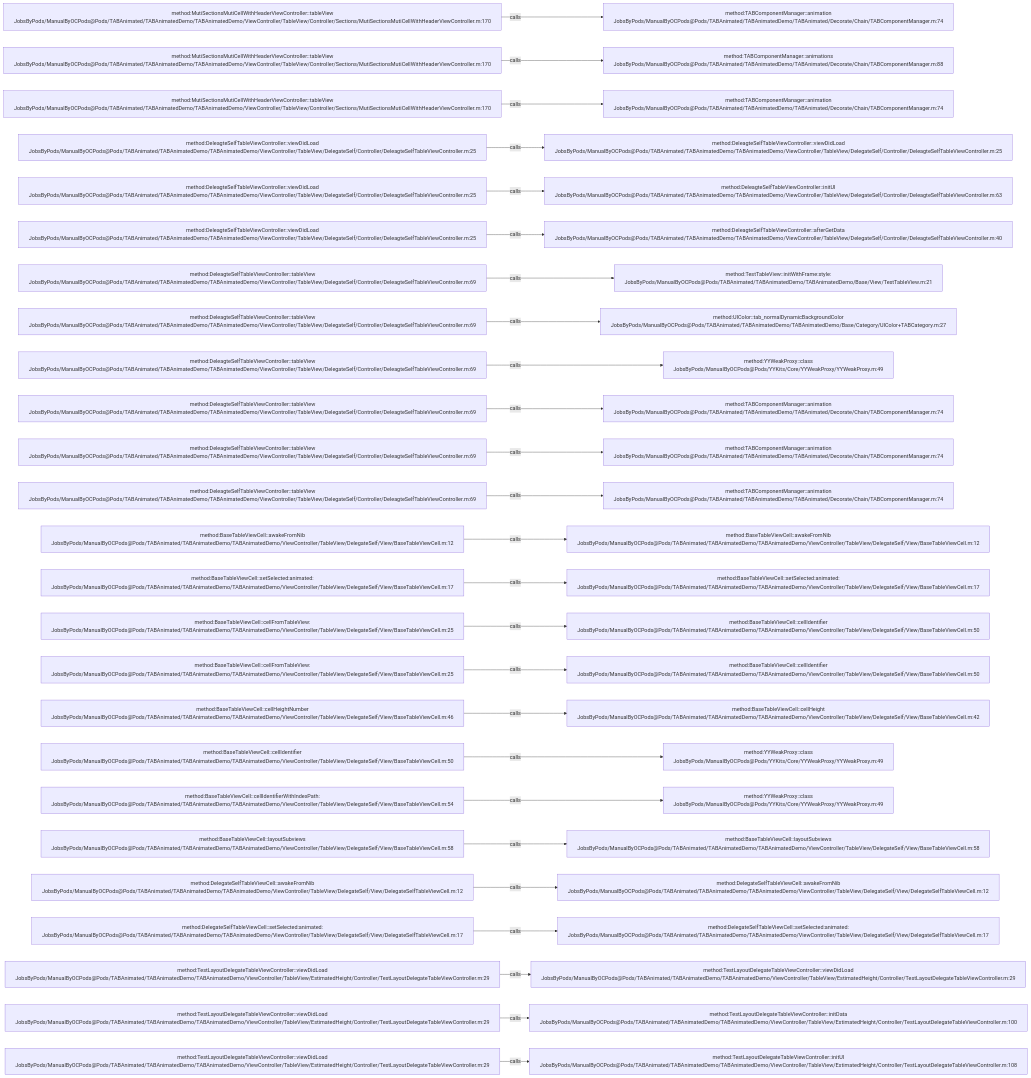
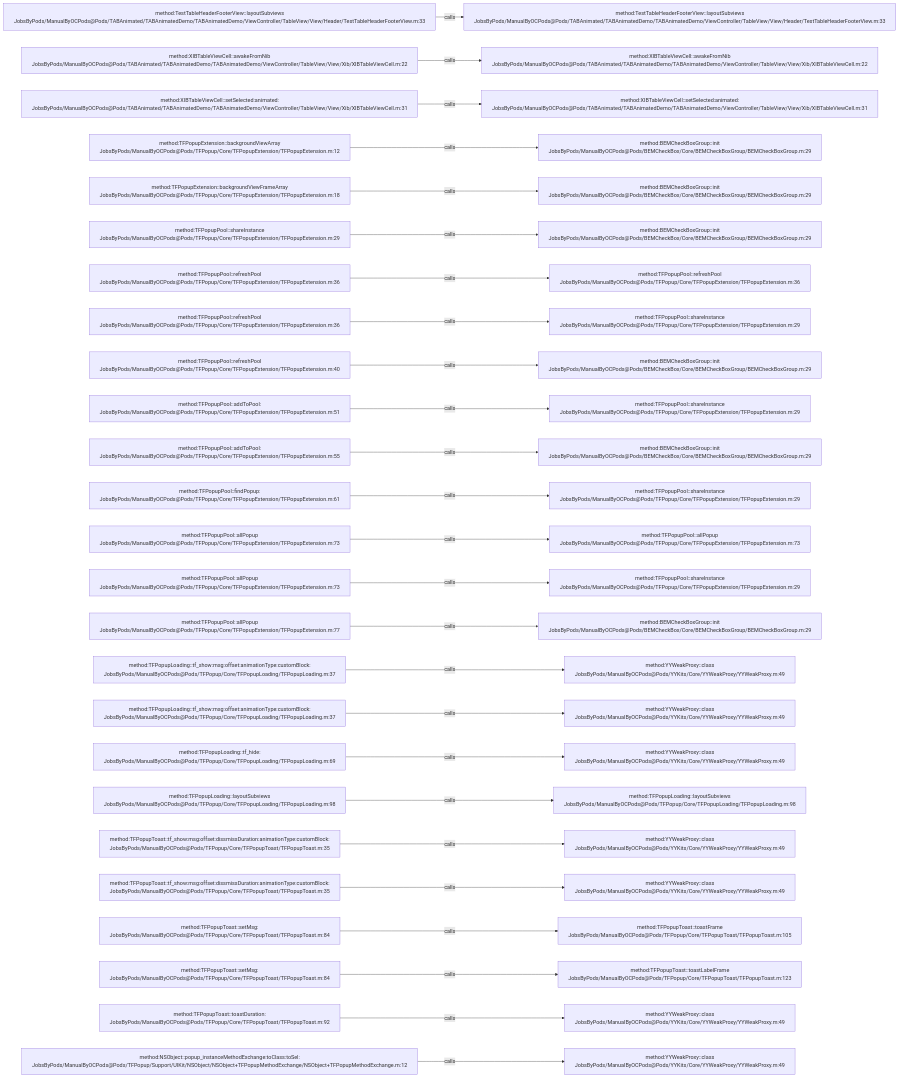
One commit to JobsKits/JobsOCBaseConfigDemo changed the diagram in .codegraph/codegraph.md/graphs/calls-055.md. Above: the diagram before and after it, drawn with Mermaid. The commit also changed 2723 other files, not shown here.

````diff
--- a/.codegraph/codegraph.md/graphs/calls-055.md
+++ b/.codegraph/codegraph.md/graphs/calls-055.md
@@ -13,78 +13,78 @@
 ```mermaid
 flowchart LR
-  S1["method:MutiSectionsMutiCellWithHeaderViewController::tableView<br/>JobsByPods/ManualByOCPods@Pods/TABAnimated/TABAnimatedDemo/TABAnimatedDemo/ViewController/TableView/Controller/Sections/MutiSectionsMutiCellWithHeaderViewController.m:170"]
-  T1["method:TABComponentManager::animation<br/>JobsByPods/ManualByOCPods@Pods/TABAnimated/TABAnimatedDemo/TABAnimated/Decorate/Chain/TABComponentManager.m:74"]
+  S1["method:TestTableHeaderFooterView::layoutSubviews<br/>JobsByPods/ManualByOCPods@Pods/TABAnimated/TABAnimatedDemo/TABAnimatedDemo/ViewController/TableView/View/Header/TestTableHeaderFooterView.m:33"]
+  T1["method:TestTableHeaderFooterView::layoutSubviews<br/>JobsByPods/ManualByOCPods@Pods/TABAnimated/TABAnimatedDemo/TABAnimatedDemo/ViewController/TableView/View/Header/TestTableHeaderFooterView.m:33"]
   S1 -->|calls| T1
-  S2["method:MutiSectionsMutiCellWithHeaderViewController::tableView<br/>JobsByPods/ManualByOCPods@Pods/TABAnimated/TABAnimatedDemo/TABAnimatedDemo/ViewController/TableView/Controller/Sections/MutiSectionsMutiCellWithHeaderViewController.m:170"]
-  T2["method:TABComponentManager::animations<br/>JobsByPods/ManualByOCPods@Pods/TABAnimated/TABAnimatedDemo/TABAnimated/Decorate/Chain/TABComponentManager.m:88"]
+  S2["method:XIBTableViewCell::awakeFromNib<br/>JobsByPods/ManualByOCPods@Pods/TABAnimated/TABAnimatedDemo/TABAnimatedDemo/ViewController/TableView/View/Xib/XIBTableViewCell.m:22"]
+  T2["method:XIBTableViewCell::awakeFromNib<br/>JobsByPods/ManualByOCPods@Pods/TABAnimated/TABAnimatedDemo/TABAnimatedDemo/ViewController/TableView/View/Xib/XIBTableViewCell.m:22"]
   S2 -->|calls| T2
-  S3["method:MutiSectionsMutiCellWithHeaderViewController::tableView<br/>JobsByPods/ManualByOCPods@Pods/TABAnimated/TABAnimatedDemo/TABAnimatedDemo/ViewController/TableView/Controller/Sections/MutiSectionsMutiCellWithHeaderViewController.m:170"]
-  T3["method:TABComponentManager::animation<br/>JobsByPods/ManualByOCPods@Pods/TABAnimated/TABAnimatedDemo/TABAnimated/Decorate/Chain/TABComponentManager.m:74"]
+  S3["method:XIBTableViewCell::setSelected:animated:<br/>JobsByPods/ManualByOCPods@Pods/TABAnimated/TABAnimatedDemo/TABAnimatedDemo/ViewController/TableView/View/Xib/XIBTableViewCell.m:31"]
+  T3["method:XIBTableViewCell::setSelected:animated:<br/>JobsByPods/ManualByOCPods@Pods/TABAnimated/TABAnimatedDemo/TABAnimatedDemo/ViewController/TableView/View/Xib/XIBTableViewCell.m:31"]
   S3 -->|calls| T3
-  S4["method:DeleagteSelfTableViewController::viewDidLoad<br/>JobsByPods/ManualByOCPods@Pods/TABAnimated/TABAnimatedDemo/TABAnimatedDemo/ViewController/TableView/DelegateSelf/Controller/DeleagteSelfTableViewController.m:25"]
-  T4["method:DeleagteSelfTableViewController::viewDidLoad<br/>JobsByPods/ManualByOCPods@Pods/TABAnimated/TABAnimatedDemo/TABAnimatedDemo/ViewController/TableView/DelegateSelf/Controller/DeleagteSelfTableViewController.m:25"]
+  S4["method:TFPopupExtension::backgroundViewArray<br/>JobsByPods/ManualByOCPods@Pods/TFPopup/Core/TFPopupExtension/TFPopupExtension.m:12"]
+  T4["method:BEMCheckBoxGroup::init<br/>JobsByPods/ManualByOCPods@Pods/BEMCheckBox/Core/BEMCheckBoxGroup/BEMCheckBoxGroup.m:29"]
   S4 -->|calls| T4
-  S5["method:DeleagteSelfTableViewController::viewDidLoad<br/>JobsByPods/ManualByOCPods@Pods/TABAnimated/TABAnimatedDemo/TABAnimatedDemo/ViewController/TableView/DelegateSelf/Controller/DeleagteSelfTableViewController.m:25"]
-  T5["method:DeleagteSelfTableViewController::initUI<br/>JobsByPods/ManualByOCPods@Pods/TABAnimated/TABAnimatedDemo/TABAnimatedDemo/ViewController/TableView/DelegateSelf/Controller/DeleagteSelfTableViewController.m:63"]
+  S5["method:TFPopupExtension::backgroundViewFrameArray<br/>JobsByPods/ManualByOCPods@Pods/TFPopup/Core/TFPopupExtension/TFPopupExtension.m:18"]
+  T5["method:BEMCheckBoxGroup::init<br/>JobsByPods/ManualByOCPods@Pods/BEMCheckBox/Core/BEMCheckBoxGroup/BEMCheckBoxGroup.m:29"]
   S5 -->|calls| T5
-  S6["method:DeleagteSelfTableViewController::viewDidLoad<br/>JobsByPods/ManualByOCPods@Pods/TABAnimated/TABAnimatedDemo/TABAnimatedDemo/ViewController/TableView/DelegateSelf/Controller/DeleagteSelfTableViewController.m:25"]
-  T6["method:DeleagteSelfTableViewController::afterGetData<br/>JobsByPods/ManualByOCPods@Pods/TABAnimated/TABAnimatedDemo/TABAnimatedDemo/ViewController/TableView/DelegateSelf/Controller/DeleagteSelfTableViewController.m:40"]
+  S6["method:TFPopupPool::shareInstance<br/>JobsByPods/ManualByOCPods@Pods/TFPopup/Core/TFPopupExtension/TFPopupExtension.m:29"]
+  T6["method:BEMCheckBoxGroup::init<br/>JobsByPods/ManualByOCPods@Pods/BEMCheckBox/Core/BEMCheckBoxGroup/BEMCheckBoxGroup.m:29"]
   S6 -->|calls| T6
-  S7["method:DeleagteSelfTableViewController::tableView<br/>JobsByPods/ManualByOCPods@Pods/TABAnimated/TABAnimatedDemo/TABAnimatedDemo/ViewController/TableView/DelegateSelf/Controller/DeleagteSelfTableViewController.m:69"]
-  T7["method:TestTableView::initWithFrame:style:<br/>JobsByPods/ManualByOCPods@Pods/TABAnimated/TABAnimatedDemo/TABAnimatedDemo/Base/View/TestTableView.m:21"]
+  S7["method:TFPopupPool::refreshPool<br/>JobsByPods/ManualByOCPods@Pods/TFPopup/Core/TFPopupExtension/TFPopupExtension.m:36"]
+  T7["method:TFPopupPool::refreshPool<br/>JobsByPods/ManualByOCPods@Pods/TFPopup/Core/TFPopupExtension/TFPopupExtension.m:36"]
   S7 -->|calls| T7
-  S8["method:DeleagteSelfTableViewController::tableView<br/>JobsByPods/ManualByOCPods@Pods/TABAnimated/TABAnimatedDemo/TABAnimatedDemo/ViewController/TableView/DelegateSelf/Controller/DeleagteSelfTableViewController.m:69"]
-  T8["method:UIColor::tab_normalDynamicBackgroundColor<br/>JobsByPods/ManualByOCPods@Pods/TABAnimated/TABAnimatedDemo/TABAnimatedDemo/Base/Category/UIColor+TABCategory.m:27"]
+  S8["method:TFPopupPool::refreshPool<br/>JobsByPods/ManualByOCPods@Pods/TFPopup/Core/TFPopupExtension/TFPopupExtension.m:36"]
+  T8["method:TFPopupPool::shareInstance<br/>JobsByPods/ManualByOCPods@Pods/TFPopup/Core/TFPopupExtension/TFPopupExtension.m:29"]
   S8 -->|calls| T8
-  S9["method:DeleagteSelfTableViewController::tableView<br/>JobsByPods/ManualByOCPods@Pods/TABAnimated/TABAnimatedDemo/TABAnimatedDemo/ViewController/TableView/DelegateSelf/Controller/DeleagteSelfTableViewController.m:69"]
-  T9["method:YYWeakProxy::class<br/>JobsByPods/ManualByOCPods@Pods/YYKits/Core/YYWeakProxy/YYWeakProxy.m:49"]
+  S9["method:TFPopupPool::refreshPool<br/>JobsByPods/ManualByOCPods@Pods/TFPopup/Core/TFPopupExtension/TFPopupExtension.m:40"]
+  T9["method:BEMCheckBoxGroup::init<br/>JobsByPods/ManualByOCPods@Pods/BEMCheckBox/Core/BEMCheckBoxGroup/BEMCheckBoxGroup.m:29"]
   S9 -->|calls| T9
-  S10["method:DeleagteSelfTableViewController::tableView<br/>JobsByPods/ManualByOCPods@Pods/TABAnimated/TABAnimatedDemo/TABAnimatedDemo/ViewController/TableView/DelegateSelf/Controller/DeleagteSelfTableViewController.m:69"]
-  T10["method:TABComponentManager::animation<br/>JobsByPods/ManualByOCPods@Pods/TABAnimated/TABAnimatedDemo/TABAnimated/Decorate/Chain/TABComponentManager.m:74"]
+  S10["method:TFPopupPool::addToPool:<br/>JobsByPods/ManualByOCPods@Pods/TFPopup/Core/TFPopupExtension/TFPopupExtension.m:51"]
+  T10["method:TFPopupPool::shareInstance<br/>JobsByPods/ManualByOCPods@Pods/TFPopup/Core/TFPopupExtension/TFPopupExtension.m:29"]
   S10 -->|calls| T10
-  S11["method:DeleagteSelfTableViewController::tableView<br/>JobsByPods/ManualByOCPods@Pods/TABAnimated/TABAnimatedDemo/TABAnimatedDemo/ViewController/TableView/DelegateSelf/Controller/DeleagteSelfTableViewController.m:69"]
-  T11["method:TABComponentManager::animation<br/>JobsByPods/ManualByOCPods@Pods/TABAnimated/TABAnimatedDemo/TABAnimated/Decorate/Chain/TABComponentManager.m:74"]
+  S11["method:TFPopupPool::addToPool:<br/>JobsByPods/ManualByOCPods@Pods/TFPopup/Core/TFPopupExtension/TFPopupExtension.m:55"]
+  T11["method:BEMCheckBoxGroup::init<br/>JobsByPods/ManualByOCPods@Pods/BEMCheckBox/Core/BEMCheckBoxGroup/BEMCheckBoxGroup.m:29"]
   S11 -->|calls| T11
-  S12["method:DeleagteSelfTableViewController::tableView<br/>JobsByPods/ManualByOCPods@Pods/TABAnimated/TABAnimatedDemo/TABAnimatedDemo/ViewController/TableView/DelegateSelf/Controller/DeleagteSelfTableViewController.m:69"]
-  T12["method:TABComponentManager::animation<br/>JobsByPods/ManualByOCPods@Pods/TABAnimated/TABAnimatedDemo/TABAnimated/Decorate/Chain/TABComponentManager.m:74"]
+  S12["method:TFPopupPool::findPopup:<br/>JobsByPods/ManualByOCPods@Pods/TFPopup/Core/TFPopupExtension/TFPopupExtension.m:61"]
+  T12["method:TFPopupPool::shareInstance<br/>JobsByPods/ManualByOCPods@Pods/TFPopup/Core/TFPopupExtension/TFPopupExtension.m:29"]
   S12 -->|calls| T12
-  S13["method:BaseTableViewCell::awakeFromNib<br/>JobsByPods/ManualByOCPods@Pods/TABAnimated/TABAnimatedDemo/TABAnimatedDemo/ViewController/TableView/DelegateSelf/View/BaseTableViewCell.m:12"]
-  T13["method:BaseTableViewCell::awakeFromNib<br/>JobsByPods/ManualByOCPods@Pods/TABAnimated/TABAnimatedDemo/TABAnimatedDemo/ViewController/TableView/DelegateSelf/View/BaseTableViewCell.m:12"]
+  S13["method:TFPopupPool::allPopup<br/>JobsByPods/ManualByOCPods@Pods/TFPopup/Core/TFPopupExtension/TFPopupExtension.m:73"]
+  T13["method:TFPopupPool::allPopup<br/>JobsByPods/ManualByOCPods@Pods/TFPopup/Core/TFPopupExtension/TFPopupExtension.m:73"]
   S13 -->|calls| T13
-  S14["method:BaseTableViewCell::setSelected:animated:<br/>JobsByPods/ManualByOCPods@Pods/TABAnimated/TABAnimatedDemo/TABAnimatedDemo/ViewController/TableView/DelegateSelf/View/BaseTableViewCell.m:17"]
-  T14["method:BaseTableViewCell::setSelected:animated:<br/>JobsByPods/ManualByOCPods@Pods/TABAnimated/TABAnimatedDemo/TABAnimatedDemo/ViewController/TableView/DelegateSelf/View/BaseTableViewCell.m:17"]
+  S14["method:TFPopupPool::allPopup<br/>JobsByPods/ManualByOCPods@Pods/TFPopup/Core/TFPopupExtension/TFPopupExtension.m:73"]
+  T14["method:TFPopupPool::shareInstance<br/>JobsByPods/ManualByOCPods@Pods/TFPopup/Core/TFPopupExtension/TFPopupExtension.m:29"]
   S14 -->|calls| T14
-  S15["method:BaseTableViewCell::cellFromTableView:<br/>JobsByPods/ManualByOCPods@Pods/TABAnimated/TABAnimatedDemo/TABAnimatedDemo/ViewController/TableView/DelegateSelf/View/BaseTableViewCell.m:25"]
-  T15["method:BaseTableViewCell::cellIdentifier<br/>JobsByPods/ManualByOCPods@Pods/TABAnimated/TABAnimatedDemo/TABAnimatedDemo/ViewController/TableView/DelegateSelf/View/BaseTableViewCell.m:50"]
+  S15["method:TFPopupPool::allPopup<br/>JobsByPods/ManualByOCPods@Pods/TFPopup/Core/TFPopupExtension/TFPopupExtension.m:77"]
+  T15["method:BEMCheckBoxGroup::init<br/>JobsByPods/ManualByOCPods@Pods/BEMCheckBox/Core/BEMCheckBoxGroup/BEMCheckBoxGroup.m:29"]
   S15 -->|calls| T15
-  S16["method:BaseTableViewCell::cellFromTableView:<br/>JobsByPods/ManualByOCPods@Pods/TABAnimated/TABAnimatedDemo/TABAnimatedDemo/ViewController/TableView/DelegateSelf/View/BaseTableViewCell.m:25"]
-  T16["method:BaseTableViewCell::cellIdentifier<br/>JobsByPods/ManualByOCPods@Pods/TABAnimated/TABAnimatedDemo/TABAnimatedDemo/ViewController/TableView/DelegateSelf/View/BaseTableViewCell.m:50"]
+  S16["method:TFPopupLoading::tf_show:msg:offset:animationType:customBlock:<br/>JobsByPods/ManualByOCPods@Pods/TFPopup/Core/TFPopupLoading/TFPopupLoading.m:37"]
+  T16["method:YYWeakProxy::class<br/>JobsByPods/ManualByOCPods@Pods/YYKits/Core/YYWeakProxy/YYWeakProxy.m:49"]
   S16 -->|calls| T16
-  S17["method:BaseTableViewCell::cellHeightNumber<br/>JobsByPods/ManualByOCPods@Pods/TABAnimated/TABAnimatedDemo/TABAnimatedDemo/ViewController/TableView/DelegateSelf/View/BaseTableViewCell.m:46"]
-  T17["method:BaseTableViewCell::cellHeight<br/>JobsByPods/ManualByOCPods@Pods/TABAnimated/TABAnimatedDemo/TABAnimatedDemo/ViewController/TableView/DelegateSelf/View/BaseTableViewCell.m:42"]
+  S17["method:TFPopupLoading::tf_show:msg:offset:animationType:customBlock:<br/>JobsByPods/ManualByOCPods@Pods/TFPopup/Core/TFPopupLoading/TFPopupLoading.m:37"]
+  T17["method:YYWeakProxy::class<br/>JobsByPods/ManualByOCPods@Pods/YYKits/Core/YYWeakProxy/YYWeakProxy.m:49"]
   S17 -->|calls| T17
-  S18["method:BaseTableViewCell::cellIdentifier<br/>JobsByPods/ManualByOCPods@Pods/TABAnimated/TABAnimatedDemo/TABAnimatedDemo/ViewController/TableView/DelegateSelf/View/BaseTableViewCell.m:50"]
+  S18["method:TFPopupLoading::tf_hide:<br/>JobsByPods/ManualByOCPods@Pods/TFPopup/Core/TFPopupLoading/TFPopupLoading.m:69"]
   T18["method:YYWeakProxy::class<br/>JobsByPods/ManualByOCPods@Pods/YYKits/Core/YYWeakProxy/YYWeakProxy.m:49"]
   S18 -->|calls| T18
-  S19["method:BaseTableViewCell::cellIdentifierWithIndexPath:<br/>JobsByPods/ManualByOCPods@Pods/TABAnimated/TABAnimatedDemo/TABAnimatedDemo/ViewController/TableView/DelegateSelf/View/BaseTableViewCell.m:54"]
-  T19["method:YYWeakProxy::class<br/>JobsByPods/ManualByOCPods@Pods/YYKits/Core/YYWeakProxy/YYWeakProxy.m:49"]
+  S19["method:TFPopupLoading::layoutSubviews<br/>JobsByPods/ManualByOCPods@Pods/TFPopup/Core/TFPopupLoading/TFPopupLoading.m:98"]
+  T19["method:TFPopupLoading::layoutSubviews<br/>JobsByPods/ManualByOCPods@Pods/TFPopup/Core/TFPopupLoading/TFPopupLoading.m:98"]
   S19 -->|calls| T19
-  S20["method:BaseTableViewCell::layoutSubviews<br/>JobsByPods/ManualByOCPods@Pods/TABAnimated/TABAnimatedDemo/TABAnimatedDemo/ViewController/TableView/DelegateSelf/View/BaseTableViewCell.m:58"]
-  T20["method:BaseTableViewCell::layoutSubviews<br/>JobsByPods/ManualByOCPods@Pods/TABAnimated/TABAnimatedDemo/TABAnimatedDemo/ViewController/TableView/DelegateSelf/View/BaseTableViewCell.m:58"]
+  S20["method:TFPopupToast::tf_show:msg:offset:dissmissDuration:animationType:customBlock:<br/>JobsByPods/ManualByOCPods@Pods/TFPopup/Core/TFPopupToast/TFPopupToast.m:35"]
+  T20["method:YYWeakProxy::class<br/>JobsByPods/ManualByOCPods@Pods/YYKits/Core/YYWeakProxy/YYWeakProxy.m:49"]
   S20 -->|calls| T20
-  S21["method:DelegateSelfTableViewCell::awakeFromNib<br/>JobsByPods/ManualByOCPods@Pods/TABAnimated/TABAnimatedDemo/TABAnimatedDemo/ViewController/TableView/DelegateSelf/View/DelegateSelfTableViewCell.m:12"]
-  T21["method:DelegateSelfTableViewCell::awakeFromNib<br/>JobsByPods/ManualByOCPods@Pods/TABAnimated/TABAnimatedDemo/TABAnimatedDemo/ViewController/TableView/DelegateSelf/View/DelegateSelfTableViewCell.m:12"]
+  S21["method:TFPopupToast::tf_show:msg:offset:dissmissDuration:animationType:customBlock:<br/>JobsByPods/ManualByOCPods@Pods/TFPopup/Core/TFPopupToast/TFPopupToast.m:35"]
+  T21["method:YYWeakProxy::class<br/>JobsByPods/ManualByOCPods@Pods/YYKits/Core/YYWeakProxy/YYWeakProxy.m:49"]
   S21 -->|calls| T21
-  S22["method:DelegateSelfTableViewCell::setSelected:animated:<br/>JobsByPods/ManualByOCPods@Pods/TABAnimated/TABAnimatedDemo/TABAnimatedDemo/ViewController/TableView/DelegateSelf/View/DelegateSelfTableViewCell.m:17"]
-  T22["method:DelegateSelfTableViewCell::setSelected:animated:<br/>JobsByPods/ManualByOCPods@Pods/TABAnimated/TABAnimatedDemo/TABAnimatedDemo/ViewController/TableView/DelegateSelf/View/DelegateSelfTableViewCell.m:17"]
+  S22["method:TFPopupToast::setMsg:<br/>JobsByPods/ManualByOCPods@Pods/TFPopup/Core/TFPopupToast/TFPopupToast.m:84"]
+  T22["method:TFPopupToast::toastFrame<br/>JobsByPods/ManualByOCPods@Pods/TFPopup/Core/TFPopupToast/TFPopupToast.m:105"]
   S22 -->|calls| T22
-  S23["method:TestLayoutDelegateTableViewController::viewDidLoad<br/>JobsByPods/ManualByOCPods@Pods/TABAnimated/TABAnimatedDemo/TABAnimatedDemo/ViewController/TableView/EstimatedHeight/Controller/TestLayoutDelegateTableViewController.m:29"]
-  T23["method:TestLayoutDelegateTableViewController::viewDidLoad<br/>JobsByPods/ManualByOCPods@Pods/TABAnimated/TABAnimatedDemo/TABAnimatedDemo/ViewController/TableView/EstimatedHeight/Controller/TestLayoutDelegateTableViewController.m:29"]
+  S23["method:TFPopupToast::setMsg:<br/>JobsByPods/ManualByOCPods@Pods/TFPopup/Core/TFPopupToast/TFPopupToast.m:84"]
+  T23["method:TFPopupToast::toastLabelFrame<br/>JobsByPods/ManualByOCPods@Pods/TFPopup/Core/TFPopupToast/TFPopupToast.m:123"]
   S23 -->|calls| T23
-  S24["method:TestLayoutDelegateTableViewController::viewDidLoad<br/>JobsByPods/ManualByOCPods@Pods/TABAnimated/TABAnimatedDemo/TABAnimatedDemo/ViewController/TableView/EstimatedHeight/Controller/TestLayoutDelegateTableViewController.m:29"]
-  T24["method:TestLayoutDelegateTableViewController::initData<br/>JobsByPods/ManualByOCPods@Pods/TABAnimated/TABAnimatedDemo/TABAnimatedDemo/ViewController/TableView/EstimatedHeight/Controller/TestLayoutDelegateTableViewController.m:100"]
+  S24["method:TFPopupToast::toastDuration:<br/>JobsByPods/ManualByOCPods@Pods/TFPopup/Core/TFPopupToast/TFPopupToast.m:92"]
+  T24["method:YYWeakProxy::class<br/>JobsByPods/ManualByOCPods@Pods/YYKits/Core/YYWeakProxy/YYWeakProxy.m:49"]
   S24 -->|calls| T24
-  S25["method:TestLayoutDelegateTableViewController::viewDidLoad<br/>JobsByPods/ManualByOCPods@Pods/TABAnimated/TABAnimatedDemo/TABAnimatedDemo/ViewController/TableView/EstimatedHeight/Controller/TestLayoutDelegateTableViewController.m:29"]
-  T25["method:TestLayoutDelegateTableViewController::initUI<br/>JobsByPods/ManualByOCPods@Pods/TABAnimated/TABAnimatedDemo/TABAnimatedDemo/ViewController/TableView/EstimatedHeight/Controller/TestLayoutDelegateTableViewController.m:108"]
+  S25["method:NSObject::popup_instanceMethodExchange:toClass:toSel:<br/>JobsByPods/ManualByOCPods@Pods/TFPopup/Support/UIKit/NSObject/NSObject+TFPopupMethodExchange/NSObject+TFPopupMethodExchange.m:12"]
+  T25["method:YYWeakProxy::class<br/>JobsByPods/ManualByOCPods@Pods/YYKits/Core/YYWeakProxy/YYWeakProxy.m:49"]
   S25 -->|calls| T25
 ```
````
